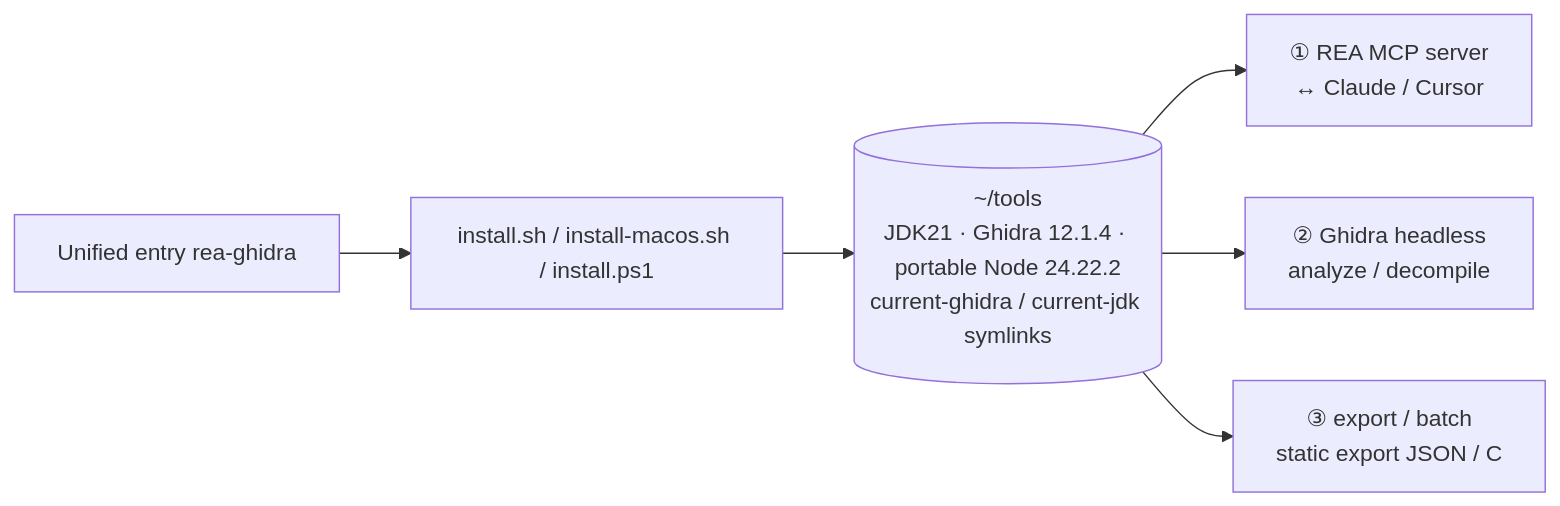
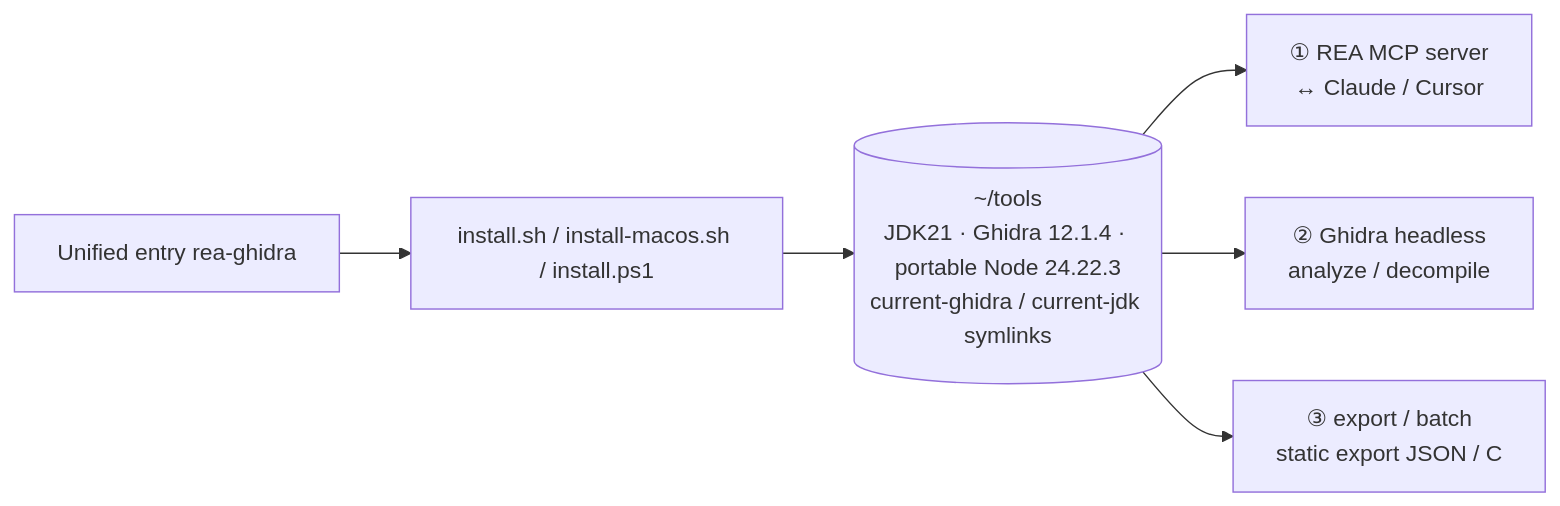
Before and after one commit to yyds8170-ctrl/rea-ghidra-setup: the second of 2 diagrams in README.en.md, drawn with Mermaid. The commit also changed other lines of this file and 64 other files, not shown here.

Commit message:
chore(v6.1.3): 适配 REA 6.9.0 + Node 24.22.3, 命令基线 +21 (175->196), 能力地图/矩阵/SBOM 同步, Ghidra 12.2 兼容策略复核

````diff
--- a/README.en.md
+++ b/README.en.md
@@ -125,8 +125,8 @@
 ```mermaid
 flowchart LR
     Entry["Unified entry rea-ghidra"] --> Ins["install.sh / install-macos.sh / install.ps1"]
-    Ins --> Tools[("~/tools<br/>JDK21 · Ghidra 12.1.4 · portable Node 24.22.2<br/>current-ghidra / current-jdk symlinks")]
+    Ins --> Tools[("~/tools<br/>JDK21 · Ghidra 12.1.4 · portable Node 24.22.3<br/>current-ghidra / current-jdk symlinks")]
     Tools --> P1["① REA MCP server<br/>↔ Claude / Cursor"]
     Tools --> P2["② Ghidra headless<br/>analyze / decompile"]
     Tools --> P3["③ export / batch<br/>static export JSON / C"]
 ```
````
